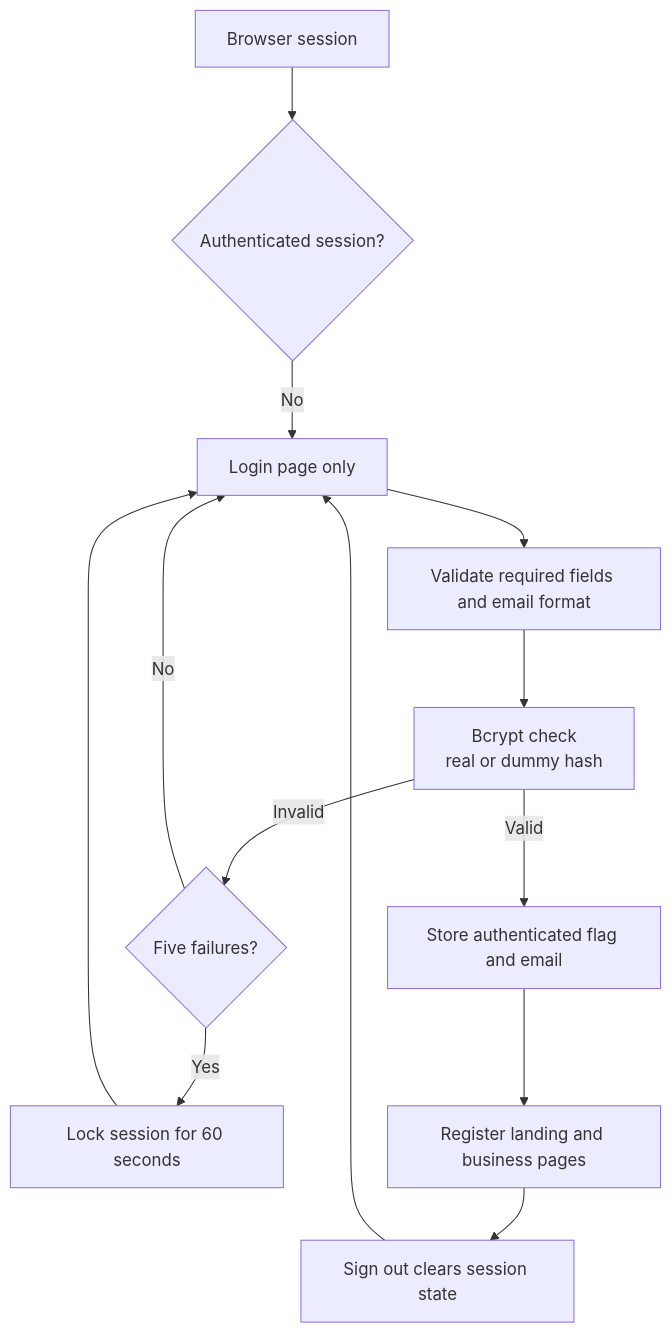
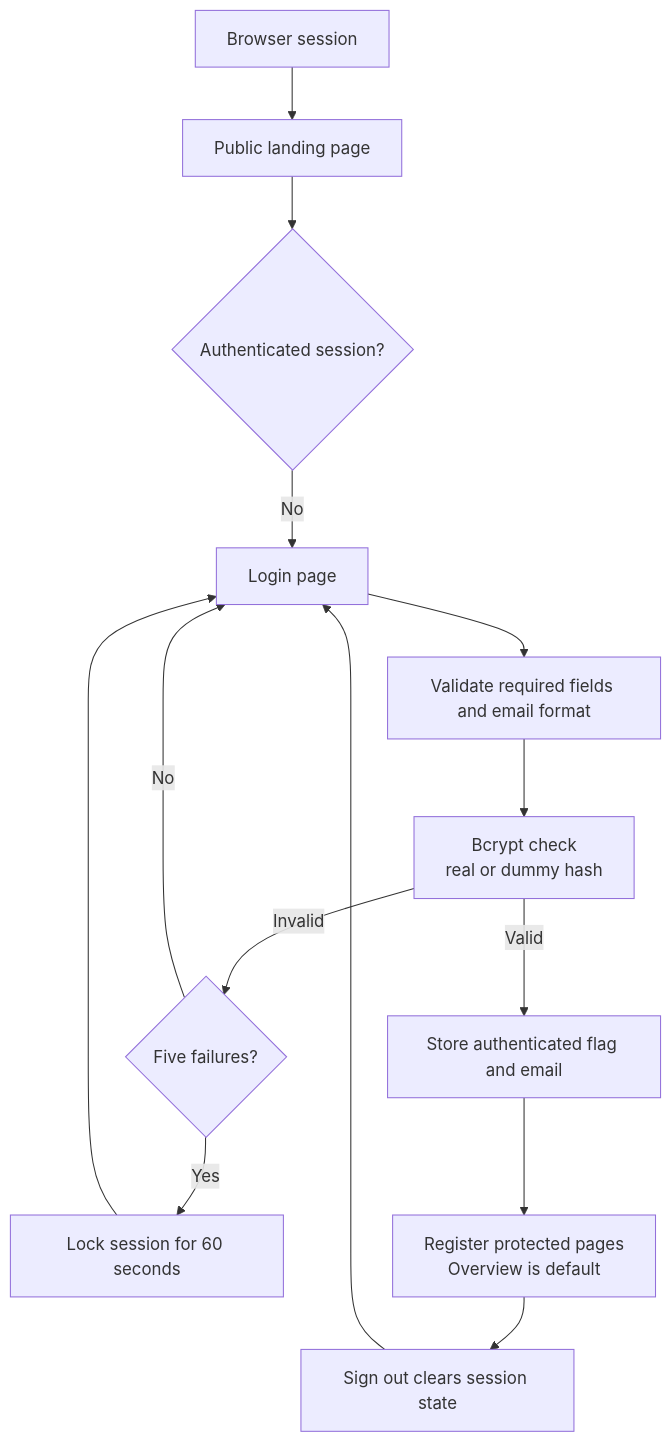
The third of 3 diagrams in docs/architecture.md (goflarbi-max/versalMotors), drawn with Mermaid before and after one commit. The commit also changed other lines of this file and 8 other files, not shown here.

Commit message:
Add animated public landing experience

````diff
--- a/docs/architecture.md
+++ b/docs/architecture.md
@@ -92,15 +94,16 @@
 ```mermaid
 flowchart TD
-    VISIT[Browser session] --> STATE{Authenticated session?}
-    STATE -- No --> LOGIN[Login page only]
+    VISIT[Browser session] --> PUBLIC[Public landing page]
+    PUBLIC --> STATE{Authenticated session?}
+    STATE -- No --> LOGIN[Login page]
     LOGIN --> VALIDATE[Validate required fields and email format]
     VALIDATE --> BCRYPT[Bcrypt check<br/>real or dummy hash]
     BCRYPT -- Invalid --> ATTEMPTS{Five failures?}
     ATTEMPTS -- No --> LOGIN
     ATTEMPTS -- Yes --> LOCK[Lock session for 60 seconds]
     LOCK --> LOGIN
     BCRYPT -- Valid --> SESSION[Store authenticated flag and email]
-    SESSION --> PAGES[Register landing and business pages]
+    SESSION --> PAGES[Register protected pages<br/>Overview is default]
     PAGES --> SIGNOUT[Sign out clears session state]
     SIGNOUT --> LOGIN
 ```
````
